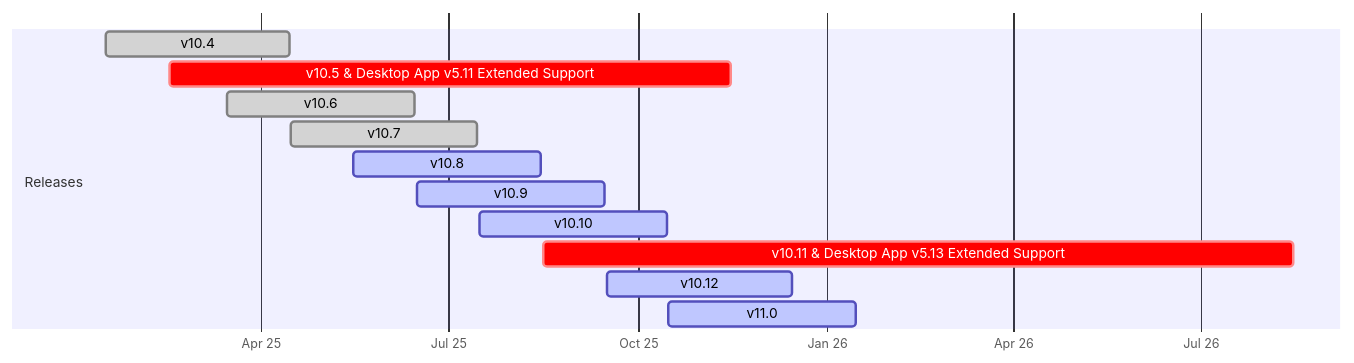
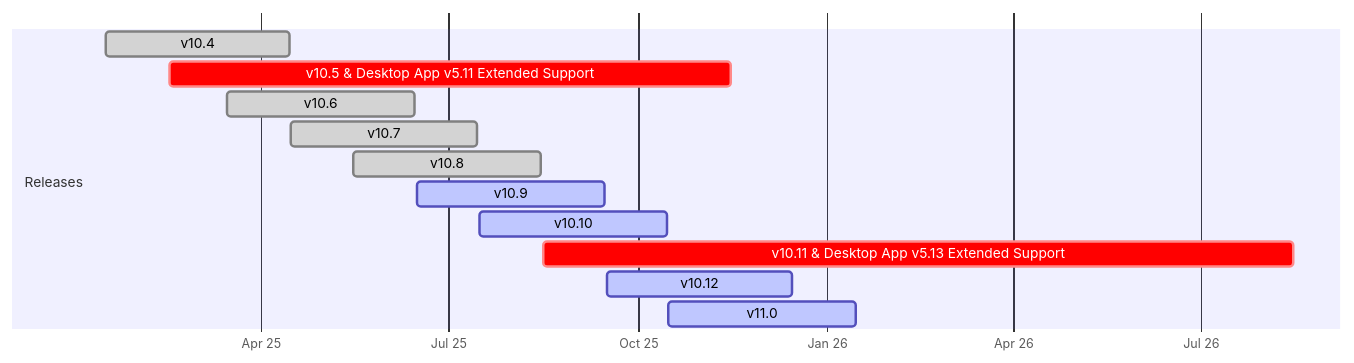
Before and after one commit to mattermost/docs: the diagram in source/product-overview/release-policy.md, drawn with Mermaid.

````diff
--- a/source/product-overview/release-policy.md
+++ b/source/product-overview/release-policy.md
@@ -50,18 +50,18 @@
 ```{mermaid}
 
 gantt
     dateFormat  YYYY-MM-DD
     axisFormat  %b %y
 
     section Releases
     v10.4                  :done,  2025-01-16, 2025-04-15
     v10.5 & Desktop App v5.11 Extended Support :crit,    2025-02-16, 2025-11-15
     v10.6                  :done, 2025-03-16, 2025-06-15
     v10.7                  :done, 2025-04-16, 2025-07-15
-    v10.8                  :active, 2025-05-16, 2025-08-15
+    v10.8                  :done, 2025-05-16, 2025-08-15
     v10.9                  :active, 2025-06-16, 2025-09-15
     v10.10                 :active, 2025-07-16, 2025-10-15
     v10.11 & Desktop App v5.13 Extended Support :crit,    2025-08-16, 2026-08-15
     v10.12                 :active, 2025-09-16, 2025-12-15
     v11.0                  :active, 2025-10-16, 2026-01-15
 ```
````
